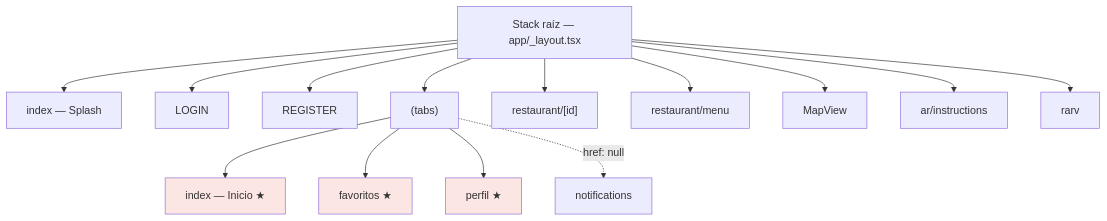
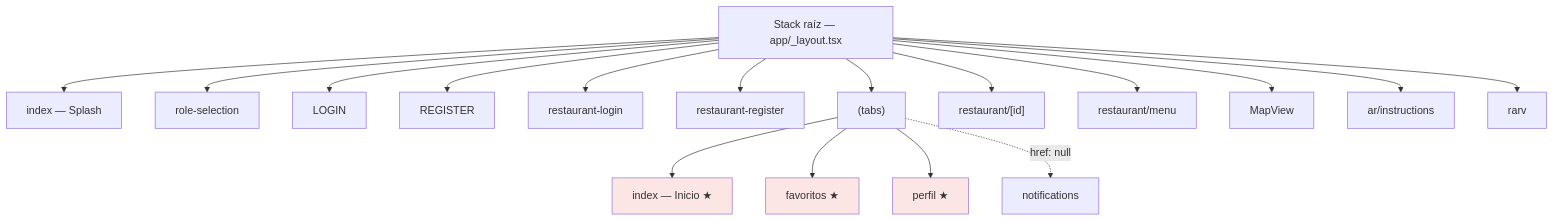
One commit to JorgeO18/Aplicaci-n-Gastron-mica- changed the second of 3 diagrams in docs/DIAGRAMA_PANTALLAS.md. Above: the diagram before and after it, drawn with Mermaid. The commit also changed other lines of this file and 7 other files, not shown here.

````diff
--- a/docs/DIAGRAMA_PANTALLAS.md
+++ b/docs/DIAGRAMA_PANTALLAS.md
@@ -54,23 +63,26 @@
 ```mermaid
 flowchart TB
     ROOT["Stack raíz — app/_layout.tsx"]
 
     ROOT --> SPLASH["index — Splash"]
+    ROOT --> ROLE["role-selection"]
     ROOT --> LOGIN
     ROOT --> REGISTER
+    ROOT --> RES_LOGIN["restaurant-login"]
+    ROOT --> RES_REGISTER["restaurant-register"]
     ROOT --> TABS["(tabs)"]
     ROOT --> DET["restaurant/[id]"]
     ROOT --> MENU["restaurant/menu"]
     ROOT --> MAP["MapView"]
     ROOT --> AR_INST["ar/instructions"]
     ROOT --> RARV["rarv"]
 
     TABS --> HOME["index — Inicio ★"]
     TABS --> FAV["favoritos ★"]
     TABS --> PERFIL["perfil ★"]
     TABS -.->|href: null| NOTIF["notifications"]
 
     style HOME fill:#E8443A22
     style FAV fill:#E8443A22
     style PERFIL fill:#E8443A22
 ```
````
